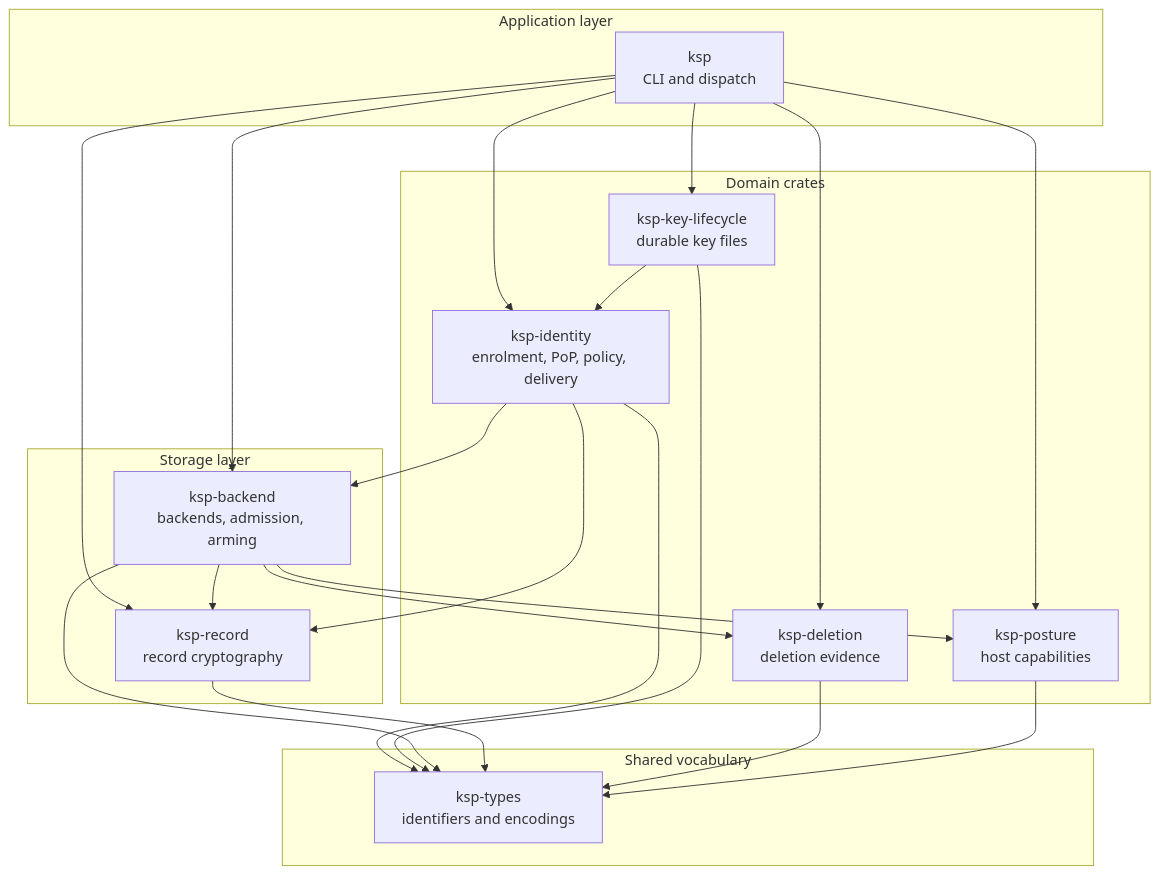
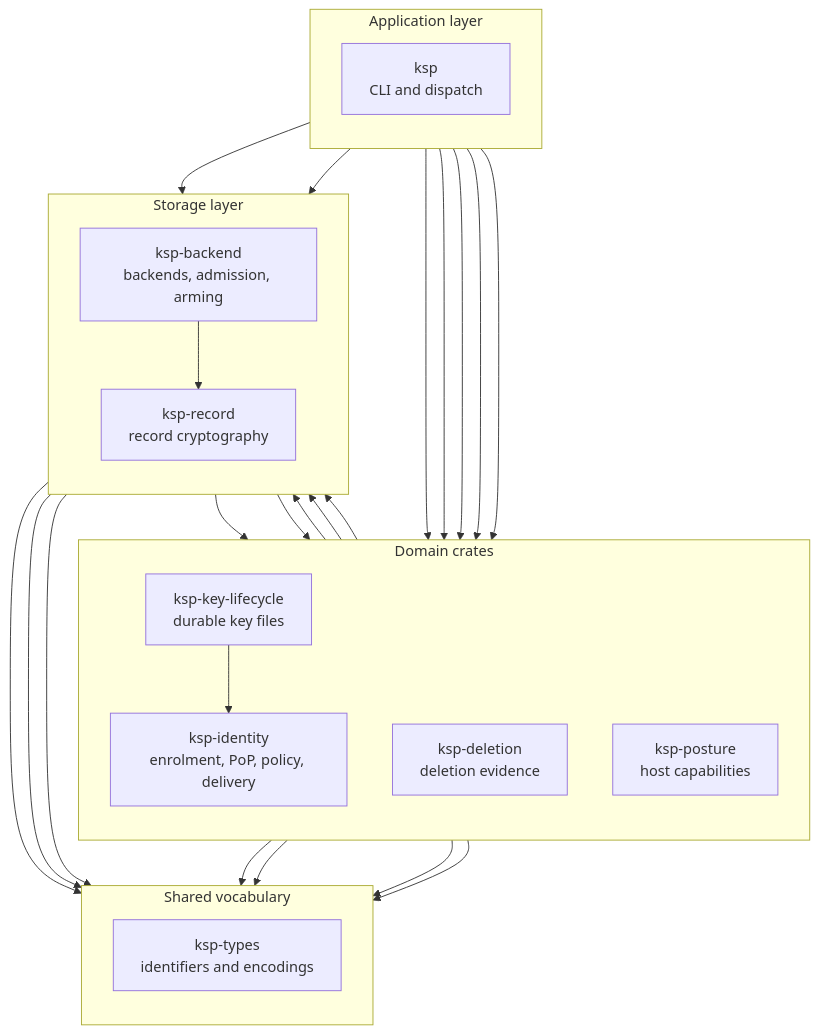
The second of 2 diagrams in site/docs/index.md (bruj0/keyspout), drawn with Mermaid before and after one commit. The commit also changed 15 other files, not shown here.

First line of the commit message:
feat(site): zoom every diagram, and make the wide ones vertical

````diff
--- a/site/docs/index.md
+++ b/site/docs/index.md
@@ -139,41 +139,48 @@
 ```mermaid
 graph TB
   subgraph Top["Application layer"]
+      direction TB
     CLI["ksp<br/>CLI and dispatch"]
   end
 
   subgraph Domain["Domain crates"]
+      direction TB
     ID["ksp-identity<br/>enrolment, PoP, policy, delivery"]
     LIFE["ksp-key-lifecycle<br/>durable key files"]
     DEL["ksp-deletion<br/>deletion evidence"]
     POST["ksp-posture<br/>host capabilities"]
   end
 
   subgraph Storage["Storage layer"]
+      direction TB
     BACK["ksp-backend<br/>backends, admission, arming"]
     REC["ksp-record<br/>record cryptography"]
   end
 
   subgraph Base["Shared vocabulary"]
+      direction TB
     TYPES["ksp-types<br/>identifiers and encodings"]
   end
 
   CLI --> ID
   CLI --> LIFE
   CLI --> DEL
   CLI --> POST
   CLI --> BACK
   CLI --> REC
   ID --> BACK
   ID --> REC
   ID --> TYPES
   LIFE --> ID
   LIFE --> TYPES
   BACK --> REC
   BACK --> DEL
   BACK --> POST
   BACK --> TYPES
   REC --> TYPES
   DEL --> TYPES
   POST --> TYPES
+  Top --> Domain
+  Domain --> Storage
+  Storage --> Base
 ```
````
